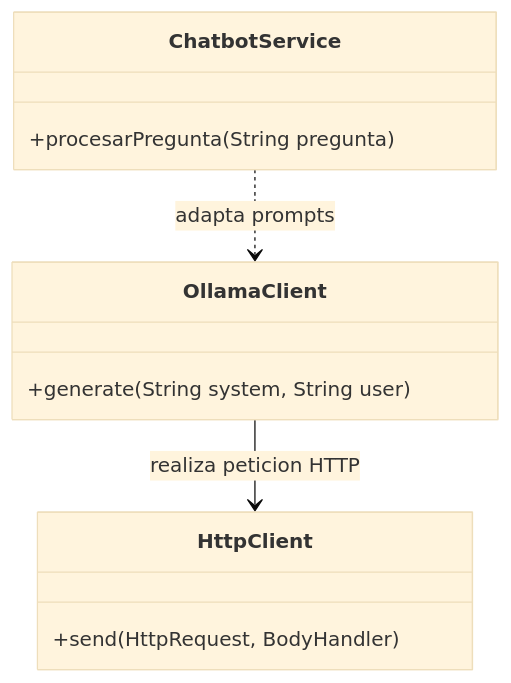
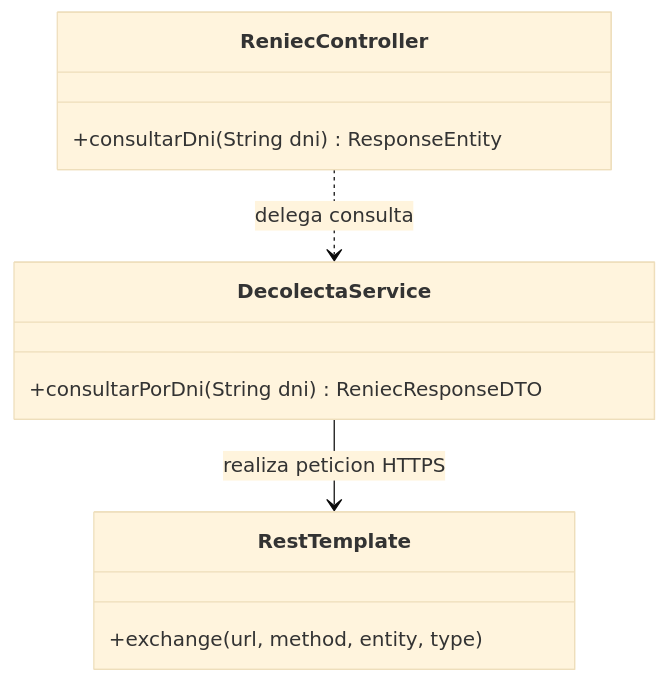
One commit to Xoryex/Proyecto_Escuela changed diagram 12 of 17 in Mis_documentos/Informe_ING_Software.md. Above: the diagram before and after it, drawn with Mermaid (base theme). The commit also changed other lines of this file and 9 other files, not shown here.

````diff
--- a/Mis_documentos/Informe_ING_Software.md
+++ b/Mis_documentos/Informe_ING_Software.md
@@ -1223,14 +1223,14 @@
 ```mermaid
 classDiagram
-    class ChatbotService {
-        +procesarPregunta(String pregunta)
+    class ReniecController {
+        +consultarDni(String dni) ResponseEntity
     }
-    class OllamaClient {
-        +generate(String system, String user)
+    class DecolectaService {
+        +consultarPorDni(String dni) ReniecResponseDTO
     }
-    class HttpClient {
-        +send(HttpRequest, BodyHandler)
+    class RestTemplate {
+        +exchange(url, method, entity, type)
     }
-    ChatbotService ..> OllamaClient : adapta prompts
-    OllamaClient --> HttpClient : realiza peticion HTTP
+    ReniecController ..> DecolectaService : delega consulta
+    DecolectaService --> RestTemplate : realiza peticion HTTPS
 ```
````
